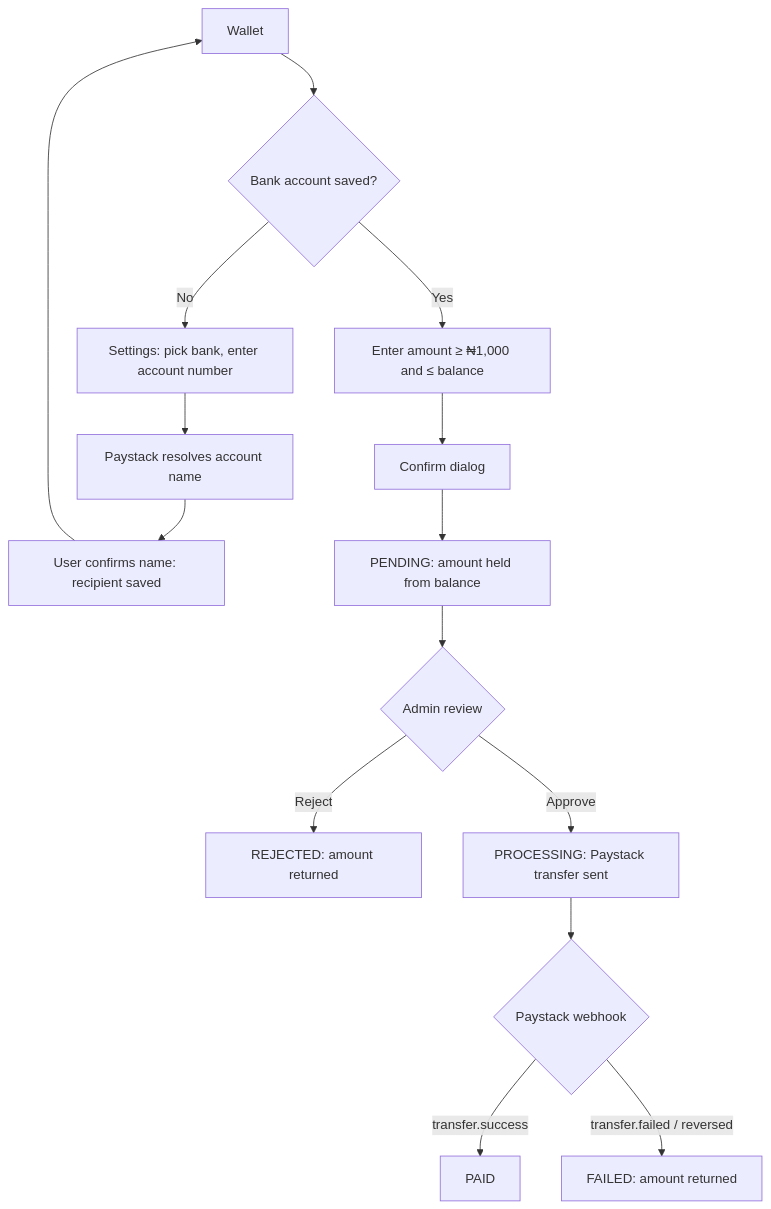
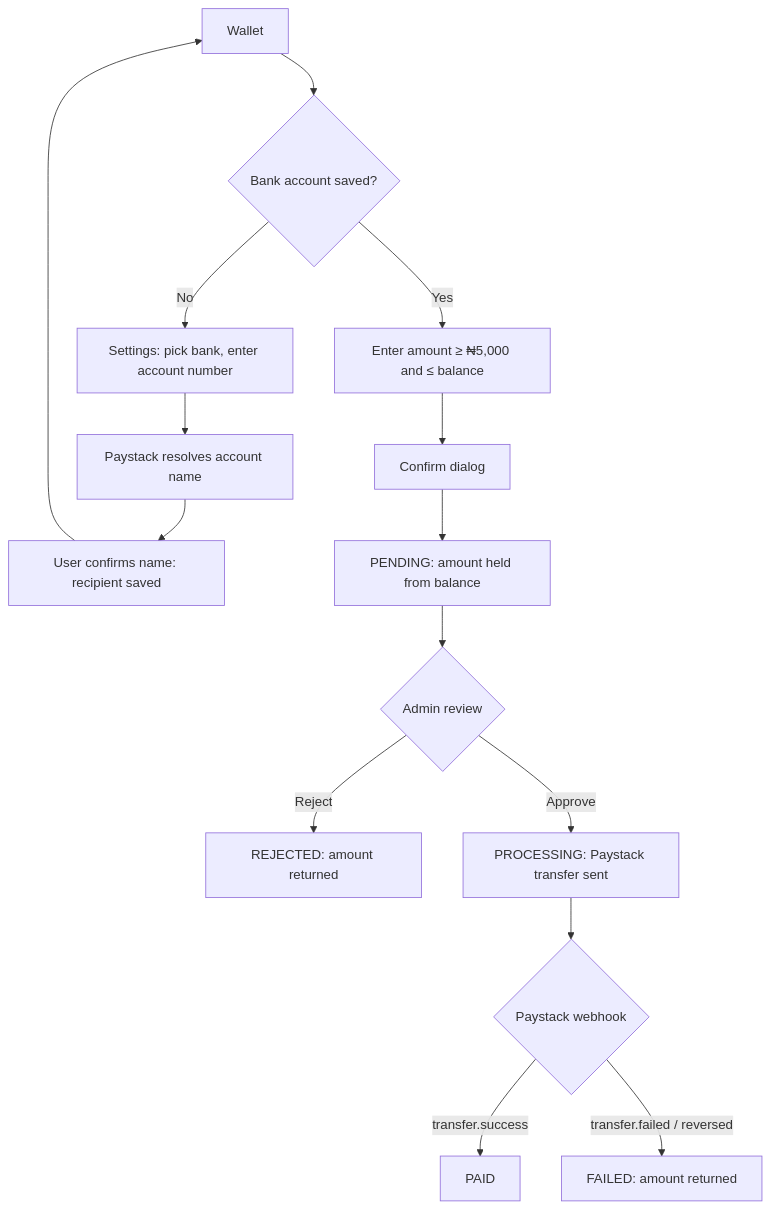
One commit to Bonvee120/PlastiCash changed the sixth of 9 diagrams in docs/APP_FLOW.md. Above: the diagram before and after it, drawn with Mermaid. The commit also changed 13 other files, not shown here.

````diff
--- a/docs/APP_FLOW.md
+++ b/docs/APP_FLOW.md
@@ -121,17 +121,17 @@
 ```mermaid
 flowchart TD
   A[Wallet] --> B{Bank account saved?}
   B -->|No| C[Settings: pick bank, enter account number]
   C --> D[Paystack resolves account name]
   D --> E[User confirms name: recipient saved]
   E --> A
-  B -->|Yes| F[Enter amount ≥ ₦1,000 and ≤ balance]
+  B -->|Yes| F[Enter amount ≥ ₦5,000 and ≤ balance]
   F --> G[Confirm dialog]
   G --> H[PENDING: amount held from balance]
   H --> I{Admin review}
   I -->|Reject| J[REJECTED: amount returned]
   I -->|Approve| K[PROCESSING: Paystack transfer sent]
   K --> L{Paystack webhook}
   L -->|transfer.success| M[PAID]
   L -->|transfer.failed / reversed| N[FAILED: amount returned]
 ```
````
